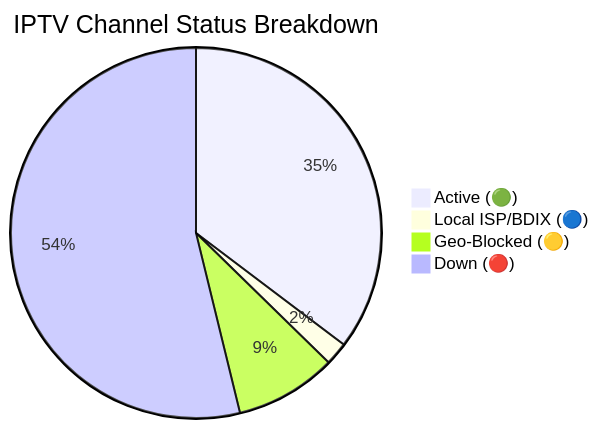
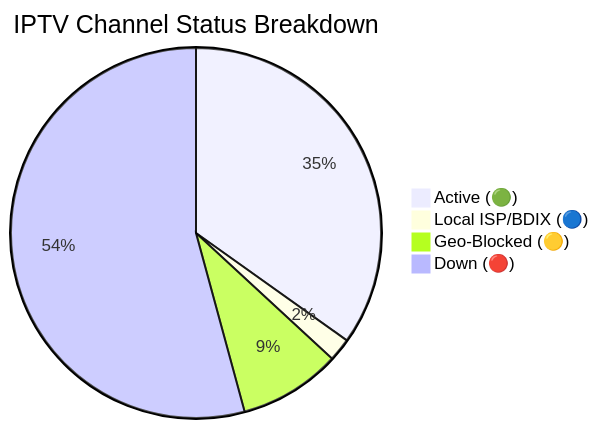
One commit to andreataylord/Ip-tv-Collection changed the diagram in README.md. Above: the diagram before and after it, drawn with Mermaid. The commit also changed other lines of this file and 1 other file, not shown here.

Commit message:
docs(readme): auto-update daily channel status chart

````diff
--- a/README.md
+++ b/README.md
@@ -59,7 +59,7 @@
 ```mermaid
 pie title IPTV Channel Status Breakdown
-    "Active (🟢)" : 2240
+    "Active (🟢)" : 2212
     "Local ISP/BDIX (🔵)" : 128
-    "Geo-Blocked (🟡)" : 563
-    "Down (🔴)" : 3416
+    "Geo-Blocked (🟡)" : 565
+    "Down (🔴)" : 3442
 ```
````
